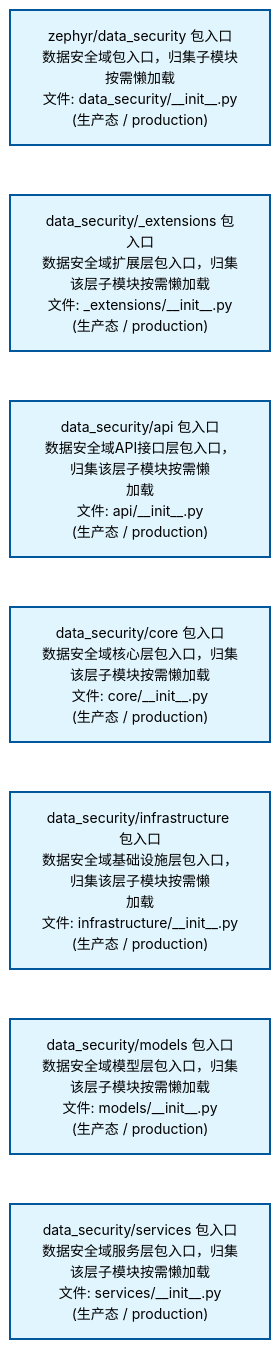
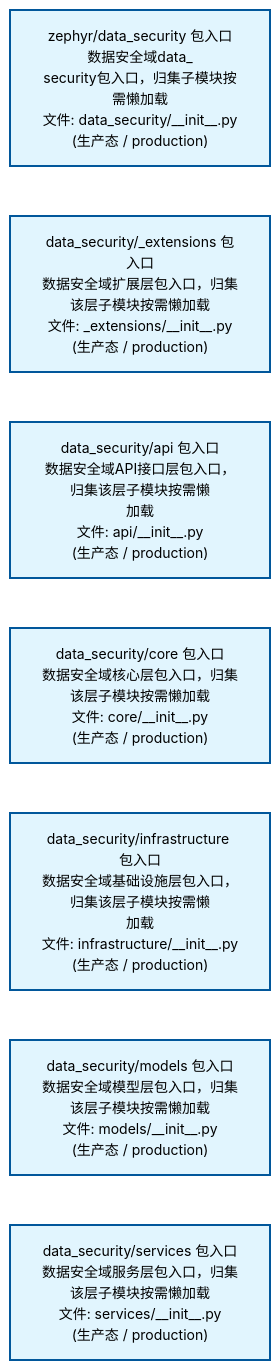
One commit to xuanFelixVan/ZephyrAlpha changed the first of 2 diagrams in docs/02_enterprise_architecture/02_domain_architecture_docs/14_d_data_sec.md. Above: the diagram before and after it, drawn with Mermaid. The commit also changed other lines of this file and 60 other files, not shown here.

````diff
--- a/docs/02_enterprise_architecture/02_domain_architecture_docs/14_d_data_sec.md
+++ b/docs/02_enterprise_architecture/02_domain_architecture_docs/14_d_data_sec.md
@@ -53,22 +53,22 @@
 ```mermaid
 %%{init: {'theme': 'base', 'themeVariables': {'primaryColor': '#eaeaea', 'primaryTextColor': '#333333', 'primaryBorderColor': '#666666', 'lineColor': '#666666', 'secondaryColor': '#eaeaea', 'tertiaryColor': '#eaeaea', 'fontSize': '14px'}}}%%
 flowchart TD
-    src_zephyr_data_security_init_py["zephyr/data_security 包入口<br/>数据安全域包入口，归集子模块按需懒加载<br/>文件: data_security/__init__.py<br/>(生产态 / production)"]
+    src_zephyr_data_security_init_py["zephyr/data_security 包入口<br/>数据安全域data_<br/>security包入口，归集子模块按需懒加载<br/>文件: data_security/__init__.py<br/>(生产态 / production)"]
     src_zephyr_data_security_extensions_init_py["data_security/_extensions 包入口<br/>数据安全域扩展层包入口，归集该层子模块按需懒加载<br/>文件: _extensions/__init__.py<br/>(生产态 / production)"]
     src_zephyr_data_security_api_init_py["data_security/api 包入口<br/>数据安全域API接口层包入口，归集该层子模块按需懒<br/>加载<br/>文件: api/__init__.py<br/>(生产态 / production)"]
     src_zephyr_data_security_core_init_py["data_security/core 包入口<br/>数据安全域核心层包入口，归集该层子模块按需懒加载<br/>文件: core/__init__.py<br/>(生产态 / production)"]
     src_zephyr_data_security_infrastructure_init_py["data_security/infrastructure 包入口<br/>数据安全域基础设施层包入口，归集该层子模块按需懒<br/>加载<br/>文件: infrastructure/__init__.py<br/>(生产态 / production)"]
     src_zephyr_data_security_models_init_py["data_security/models 包入口<br/>数据安全域模型层包入口，归集该层子模块按需懒加载<br/>文件: models/__init__.py<br/>(生产态 / production)"]
     src_zephyr_data_security_services_init_py["data_security/services 包入口<br/>数据安全域服务层包入口，归集该层子模块按需懒加载<br/>文件: services/__init__.py<br/>(生产态 / production)"]
     src_zephyr_data_security_init_py ~~~ src_zephyr_data_security_extensions_init_py
     src_zephyr_data_security_extensions_init_py ~~~ src_zephyr_data_security_api_init_py
     src_zephyr_data_security_api_init_py ~~~ src_zephyr_data_security_core_init_py
     src_zephyr_data_security_core_init_py ~~~ src_zephyr_data_security_infrastructure_init_py
     src_zephyr_data_security_infrastructure_init_py ~~~ src_zephyr_data_security_models_init_py
     src_zephyr_data_security_models_init_py ~~~ src_zephyr_data_security_services_init_py
     classDef production fill:#e1f5fe,stroke:#01579b,stroke-width:2px,color:#000
     classDef design fill:#fff3e0,stroke:#e65100,stroke-width:2px,color:#000,stroke-dasharray: 5 5
     classDef external_prod fill:#e8f4fd,stroke:#0277bd,stroke-width:1px,color:#000
     classDef external_design fill:#fff8e7,stroke:#ef6c00,stroke-width:1px,color:#000,stroke-dasharray: 5 5
     class src_zephyr_data_security_init_py,src_zephyr_data_security_extensions_init_py,src_zephyr_data_security_api_init_py,src_zephyr_data_security_core_init_py,src_zephyr_data_security_infrastructure_init_py,src_zephyr_data_security_models_init_py,src_zephyr_data_security_services_init_py production
 ```
````
